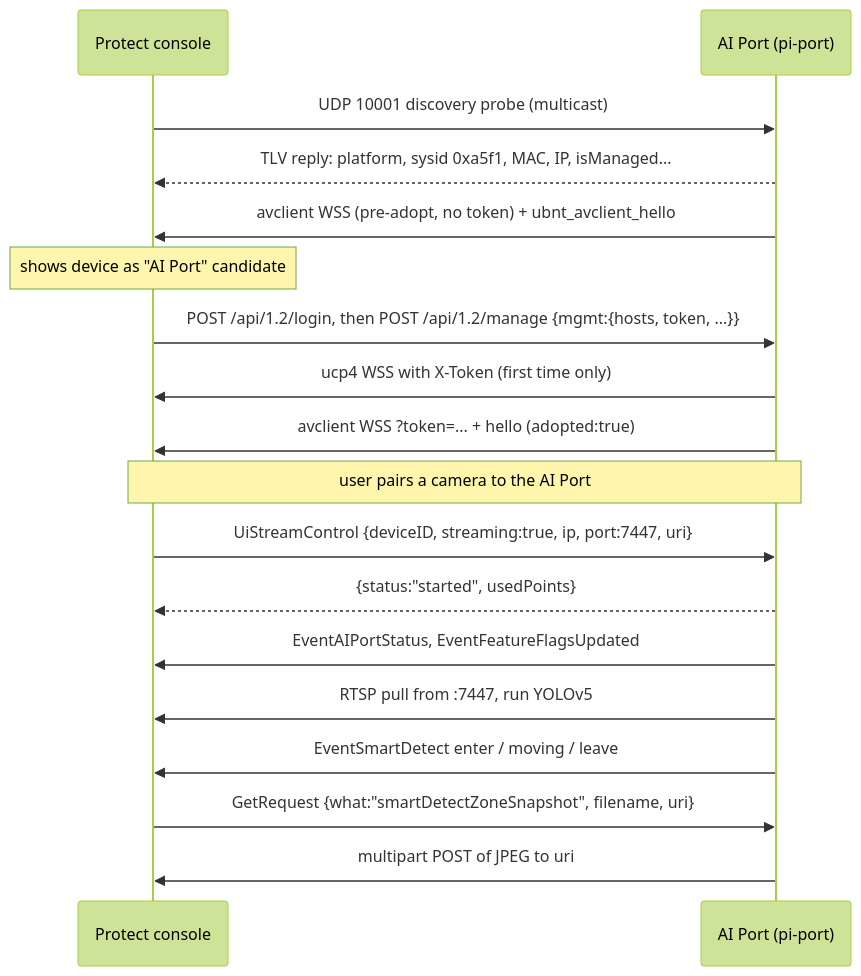
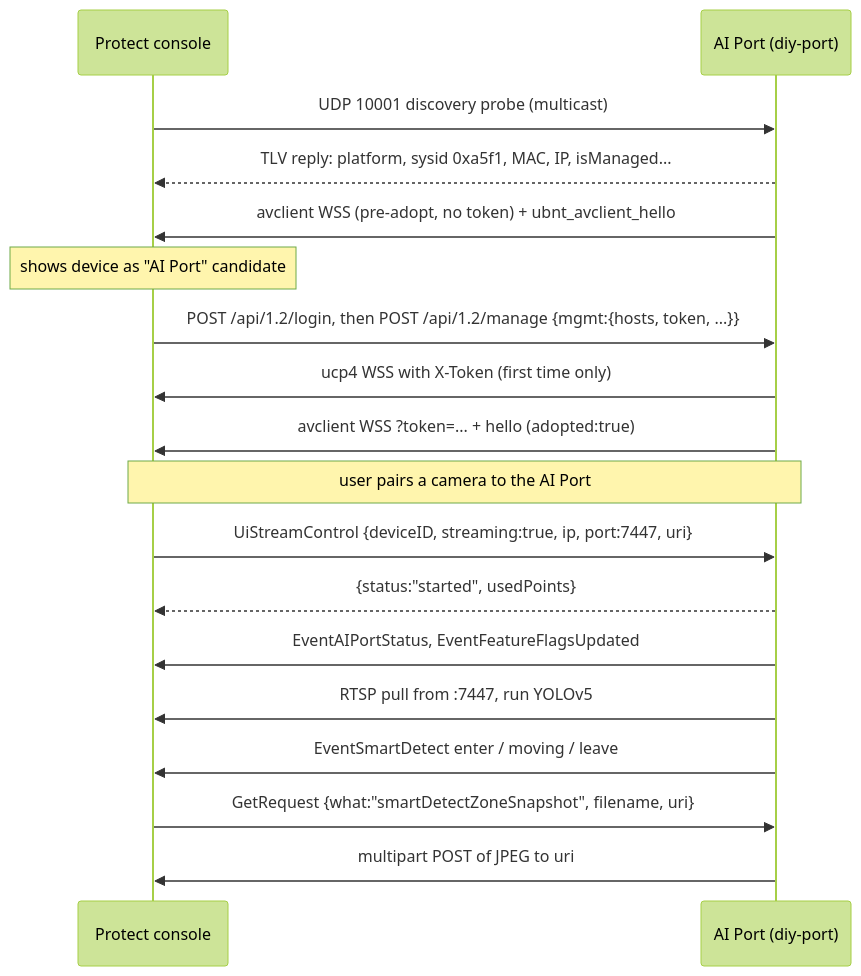
The diagram in docs/aiport-interface.md (hutchx86/diy-port), drawn with Mermaid (forest theme) before and after one commit. The commit also changed other lines of this file and 116 other files, not shown here.

First line of the commit message:
Rename project from pi-port to diy-port

````diff
--- a/docs/aiport-interface.md
+++ b/docs/aiport-interface.md
@@ -29,20 +29,20 @@
 ```mermaid
 sequenceDiagram
     participant C as Protect console
-    participant D as AI Port (pi-port)
+    participant D as AI Port (diy-port)
     C->>D: UDP 10001 discovery probe (multicast)
     D-->>C: TLV reply: platform, sysid 0xa5f1, MAC, IP, isManaged...
     D->>C: avclient WSS (pre-adopt, no token) + ubnt_avclient_hello
     Note over C: shows device as "AI Port" candidate
     C->>D: POST /api/1.2/login, then POST /api/1.2/manage {mgmt:{hosts, token, ...}}
     D->>C: ucp4 WSS with X-Token (first time only)
     D->>C: avclient WSS ?token=... + hello (adopted:true)
     Note over C,D: user pairs a camera to the AI Port
     C->>D: UiStreamControl {deviceID, streaming:true, ip, port:7447, uri}
     D-->>C: {status:"started", usedPoints}
     D->>C: EventAIPortStatus, EventFeatureFlagsUpdated
     D->>C: RTSP pull from :7447, run YOLOv5
     D->>C: EventSmartDetect enter / moving / leave
     C->>D: GetRequest {what:"smartDetectZoneSnapshot", filename, uri}
     D->>C: multipart POST of JPEG to uri
 ```
````
